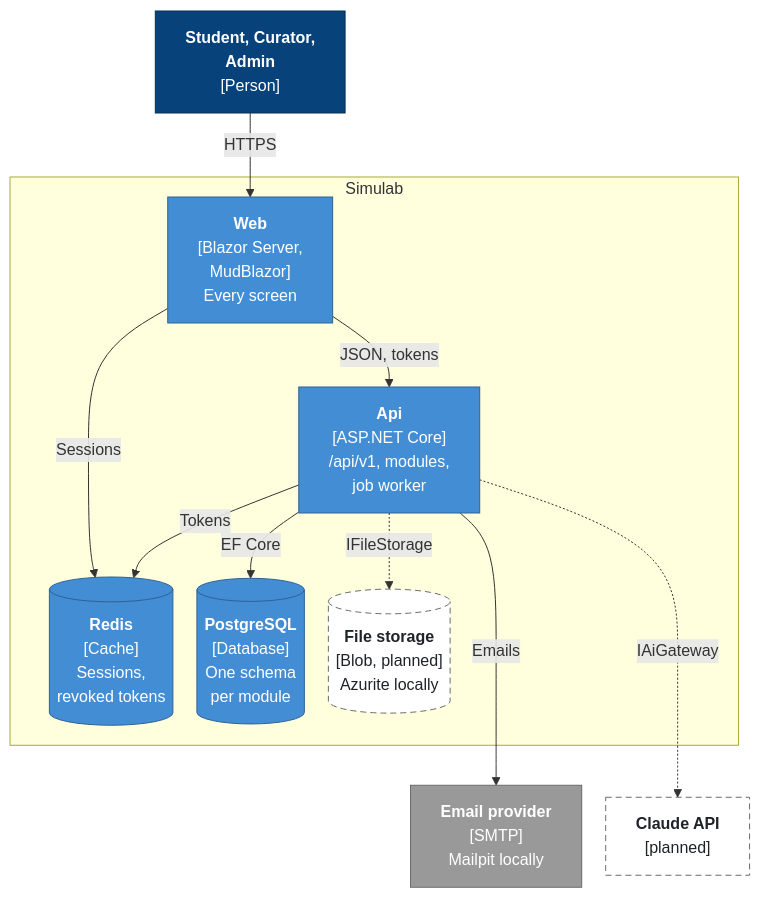
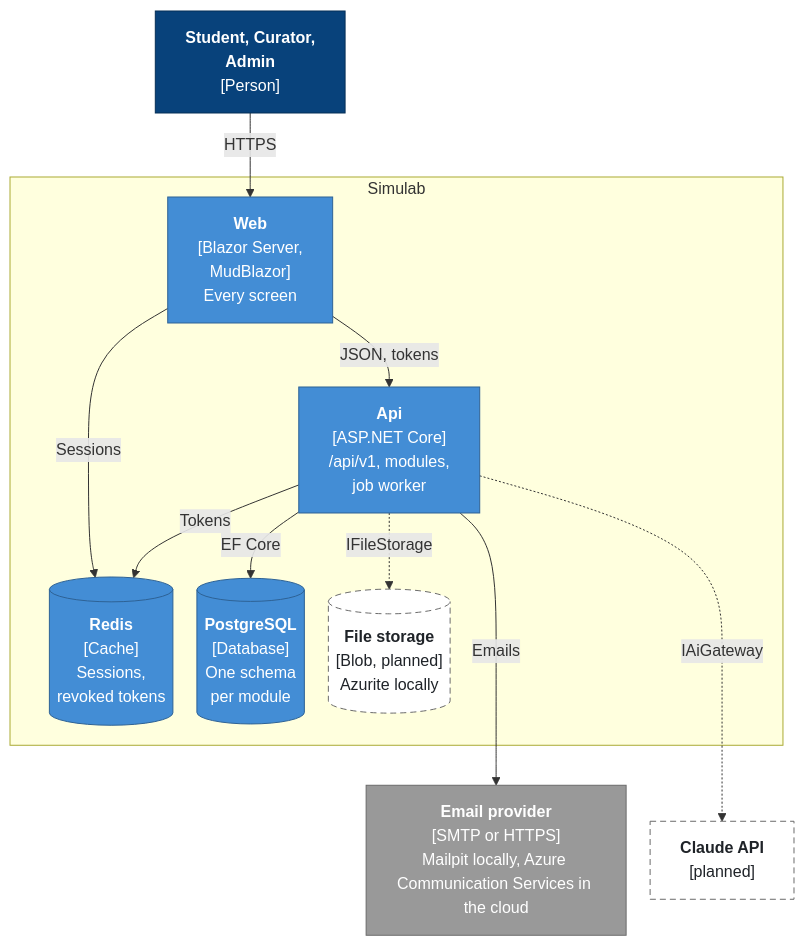
Before and after one commit to alexcanario/simulab: the second of 2 diagrams in docs/architecture-overview.md, drawn with Mermaid. The commit also changed other lines of this file and 10 other files, not shown here.

````diff
--- a/docs/architecture-overview.md
+++ b/docs/architecture-overview.md
@@ -42,30 +42,30 @@
 ```mermaid
 %%{init: {"flowchart": {"nodeSpacing": 24, "rankSpacing": 40}}}%%
 flowchart TB
     people["<b>Student, Curator,<br/>Admin</b><br/>[Person]"]
     subgraph simulab["Simulab"]
         web["<b>Web</b><br/>[Blazor Server,<br/>MudBlazor]<br/>Every screen"]
         redis[("<b>Redis</b><br/>[Cache]<br/>Sessions,<br/>revoked tokens")]
         api["<b>Api</b><br/>[ASP.NET Core]<br/>/api/v1, modules,<br/>job worker"]
         postgres[("<b>PostgreSQL</b><br/>[Database]<br/>One schema<br/>per module")]
         blob[("<b>File storage</b><br/>[Blob, planned]<br/>Azurite locally")]
     end
-    mailpit["<b>Email provider</b><br/>[SMTP]<br/>Mailpit locally"]
+    mailpit["<b>Email provider</b><br/>[SMTP or HTTPS]<br/>Mailpit locally, Azure Communication Services in the cloud"]
     claude["<b>Claude API</b><br/>[planned]"]
     people -- "HTTPS" --> web
     web -- "JSON, tokens" --> api
     web -- "Sessions" --> redis
     api -- "Tokens" --> redis
     api -- "EF Core" --> postgres
     api -. "IFileStorage" .-> blob
     api -- "Emails" ---> mailpit
     api -. "IAiGateway" ..-> claude
     classDef person fill:#08427b,stroke:#052e56,color:#fff
     classDef container fill:#438dd5,stroke:#2e6295,color:#fff
     classDef external fill:#999999,stroke:#6b6b6b,color:#fff
     classDef planned fill:#fff,stroke:#6b6b6b,color:#1f2328,stroke-dasharray:6 4
     class people person
     class web,api,postgres,redis container
     class mailpit external
     class claude,blob planned
 ```
````
